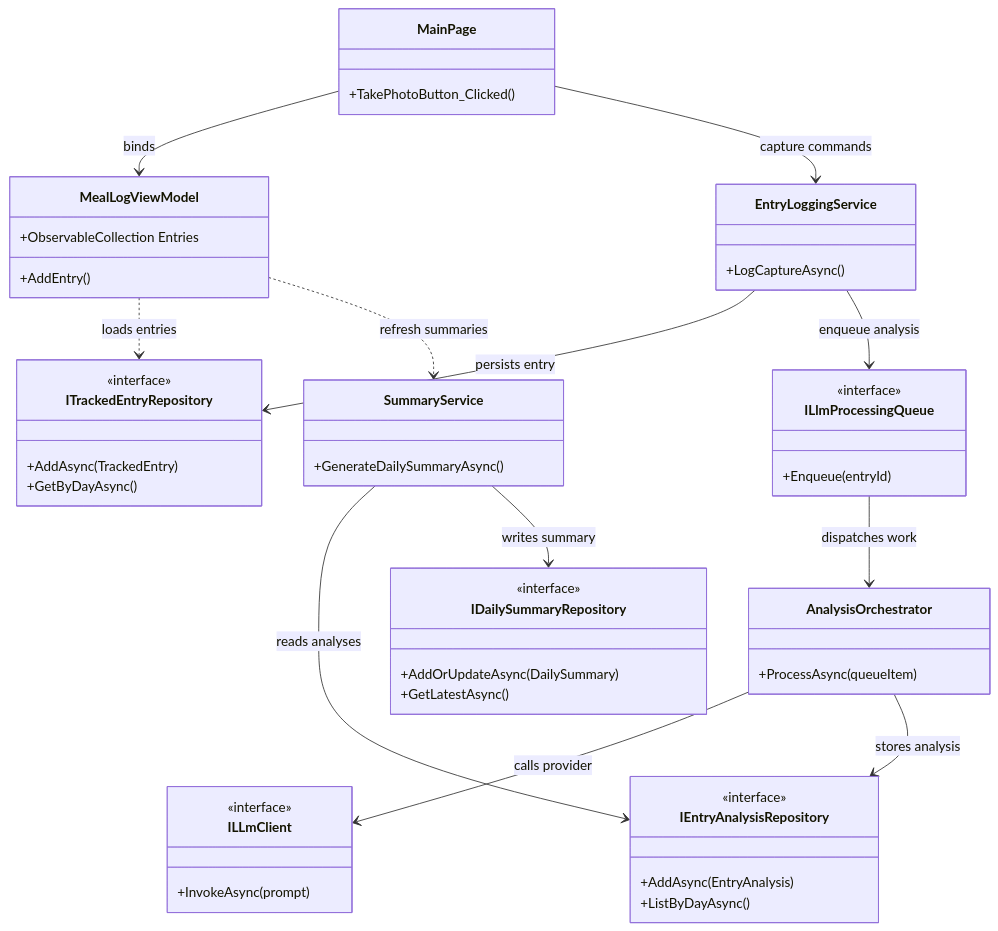
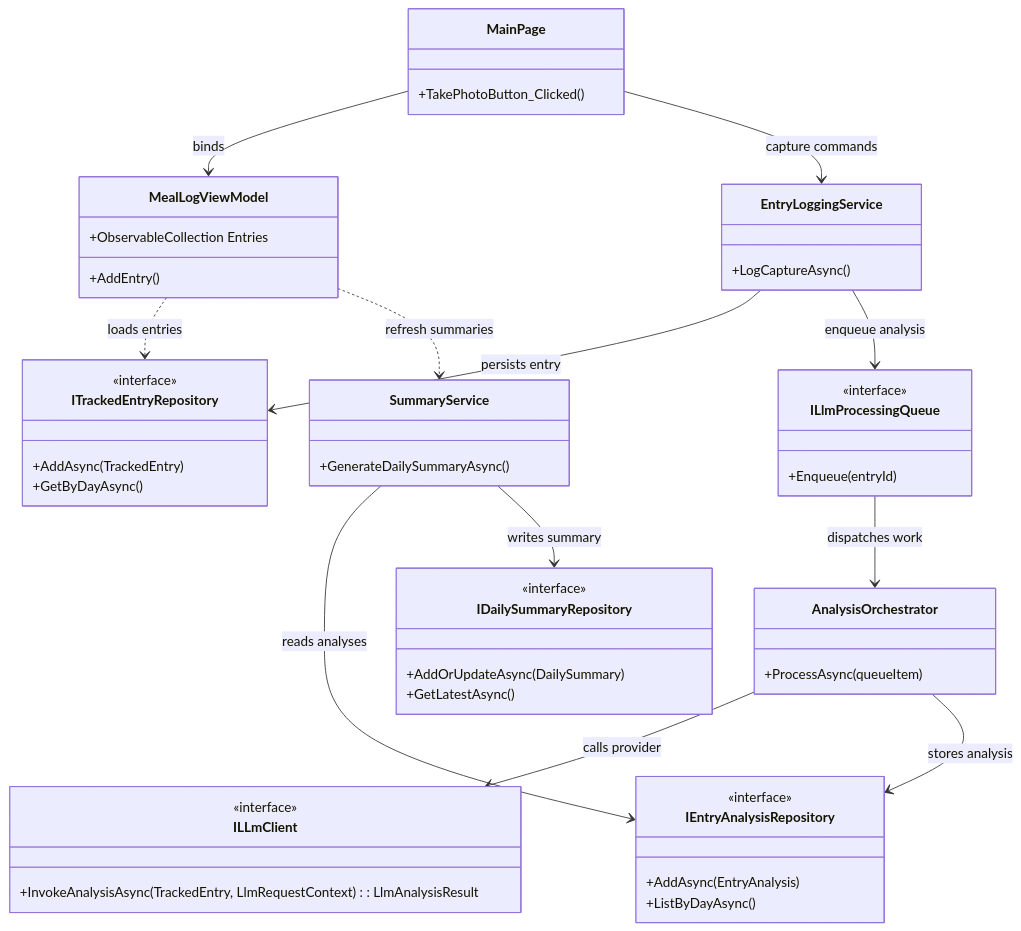
The second of 2 diagrams in docs/ARCHITECTURE.md (DigitumDei/HealthHelper), drawn with Mermaid before and after one commit. The commit also changed other lines of this file and 10 other files, not shown here.

Commit message:
Update ARCHITECTURE.md for latest changes. Fix formatting.

````diff
--- a/docs/ARCHITECTURE.md
+++ b/docs/ARCHITECTURE.md
@@ -40,54 +40,54 @@
 ```mermaid
 classDiagram
     class MainPage {
         +TakePhotoButton_Clicked()
     }
     class MealLogViewModel {
         +ObservableCollection<TrackedEntry> Entries
         +AddEntry()
     }
     class EntryLoggingService {
         +LogCaptureAsync()
     }
     class ITrackedEntryRepository {
         <<interface>>
         +AddAsync(TrackedEntry)
         +GetByDayAsync()
     }
     class ILlmProcessingQueue {
         <<interface>>
         +Enqueue(entryId)
     }
     class AnalysisOrchestrator {
         +ProcessAsync(queueItem)
     }
     class ILLmClient {
         <<interface>>
-        +InvokeAsync(prompt)
+        +InvokeAnalysisAsync(TrackedEntry, LlmRequestContext) : LlmAnalysisResult
     }
     class IEntryAnalysisRepository {
         <<interface>>
         +AddAsync(EntryAnalysis)
         +ListByDayAsync()
     }
     class SummaryService {
         +GenerateDailySummaryAsync()
     }
     class IDailySummaryRepository {
         <<interface>>
         +AddOrUpdateAsync(DailySummary)
         +GetLatestAsync()
     }
 
     MainPage --> MealLogViewModel : binds
     MainPage --> EntryLoggingService : capture commands
     MealLogViewModel ..> ITrackedEntryRepository : loads entries
     EntryLoggingService --> ITrackedEntryRepository : persists entry
     EntryLoggingService --> ILlmProcessingQueue : enqueue analysis
     ILlmProcessingQueue --> AnalysisOrchestrator : dispatches work
     AnalysisOrchestrator --> ILLmClient : calls provider
     AnalysisOrchestrator --> IEntryAnalysisRepository : stores analysis
     SummaryService --> IEntryAnalysisRepository : reads analyses
     SummaryService --> IDailySummaryRepository : writes summary
     MealLogViewModel ..> SummaryService : refresh summaries
 ```
````
